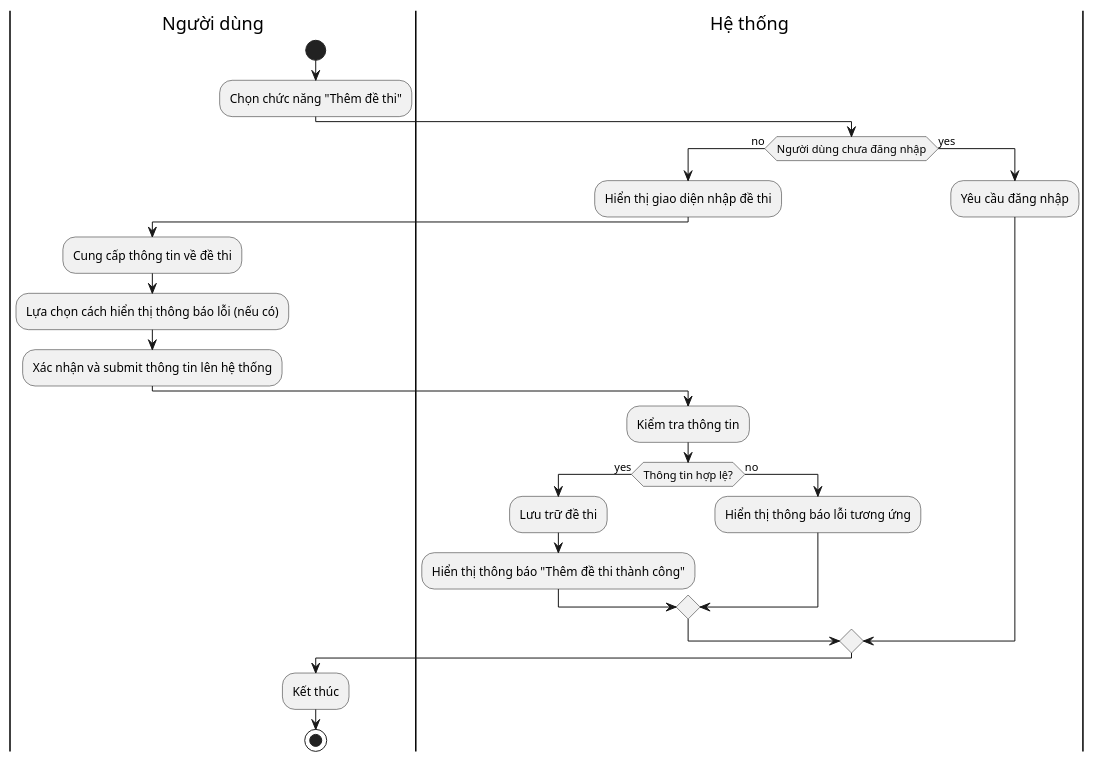
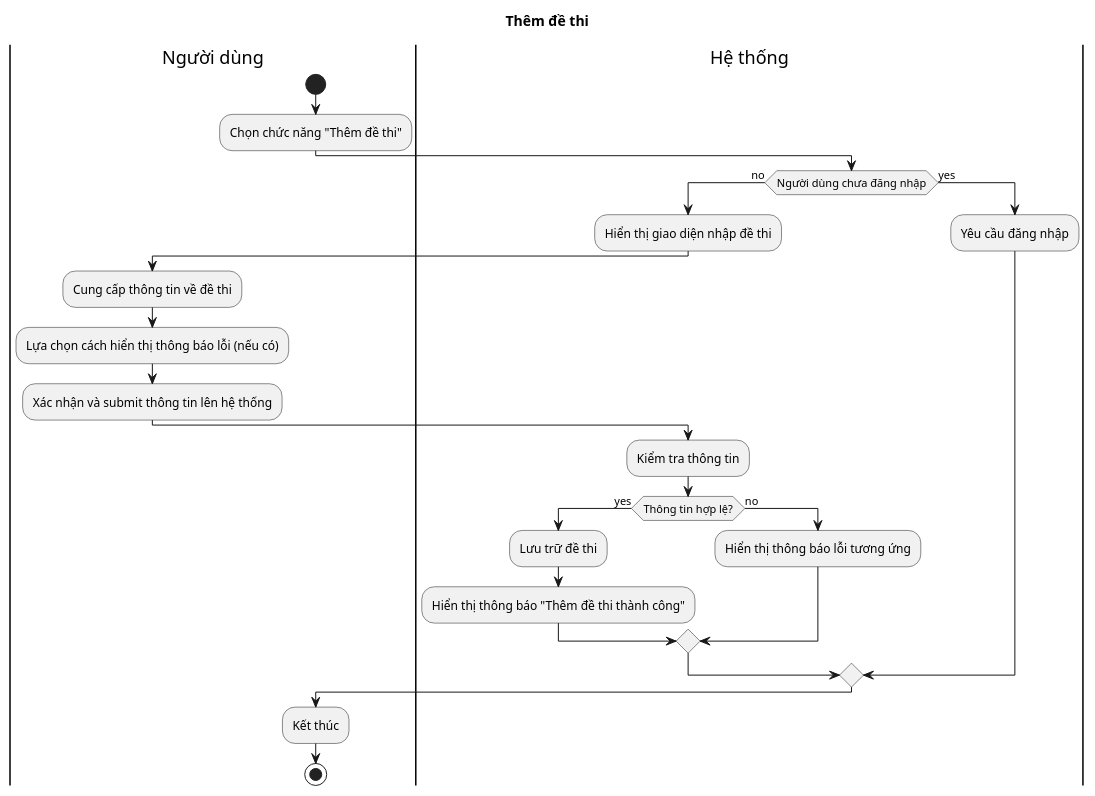
One commit to minh-tn-hust/leetcodedesign changed the diagram in Diagram/Activity/Thêm đề thi.plantuml. Above: the diagram before and after it, drawn with PlantUML. The commit also changed 31 other files, not shown here.

```diff
--- a/Diagram/Activity/Thêm đề thi.plantuml
+++ b/Diagram/Activity/Thêm đề thi.plantuml
@@ -1,26 +1,27 @@
 @startuml
+title Thêm đề thi
 |Người dùng|
 start
 :Chọn chức năng "Thêm đề thi";
 |Hệ thống|
 if (Người dùng chưa đăng nhập) then (no)
   :Hiển thị giao diện nhập đề thi;
   |Người dùng|
   :Cung cấp thông tin về đề thi;
   :Lựa chọn cách hiển thị thông báo lỗi (nếu có);
   :Xác nhận và submit thông tin lên hệ thống;
   |Hệ thống|
   :Kiểm tra thông tin;
   if (Thông tin hợp lệ?) then (yes)
     :Lưu trữ đề thi;
     :Hiển thị thông báo "Thêm đề thi thành công";
   else (no)
     :Hiển thị thông báo lỗi tương ứng;
   endif
 else (yes)
   :Yêu cầu đăng nhập;
 endif
 |Người dùng|
 :Kết thúc;
 stop
 @enduml
```
